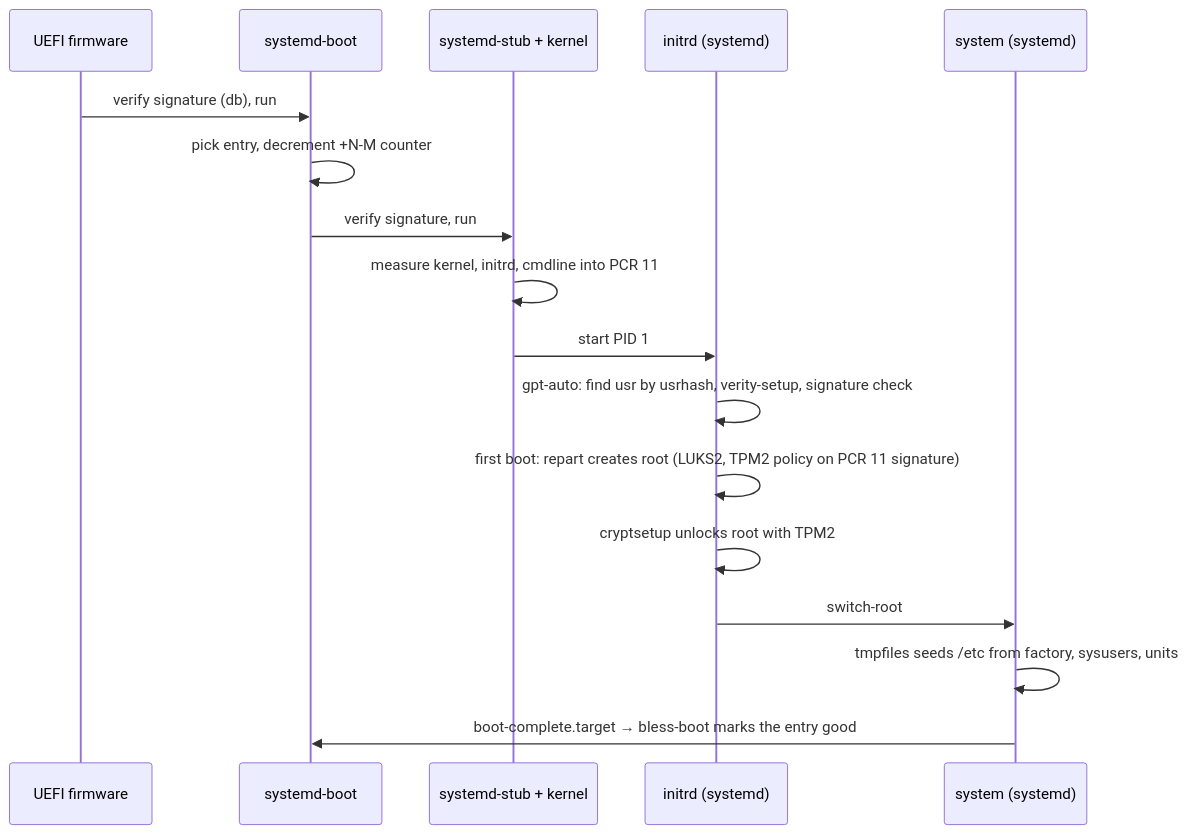
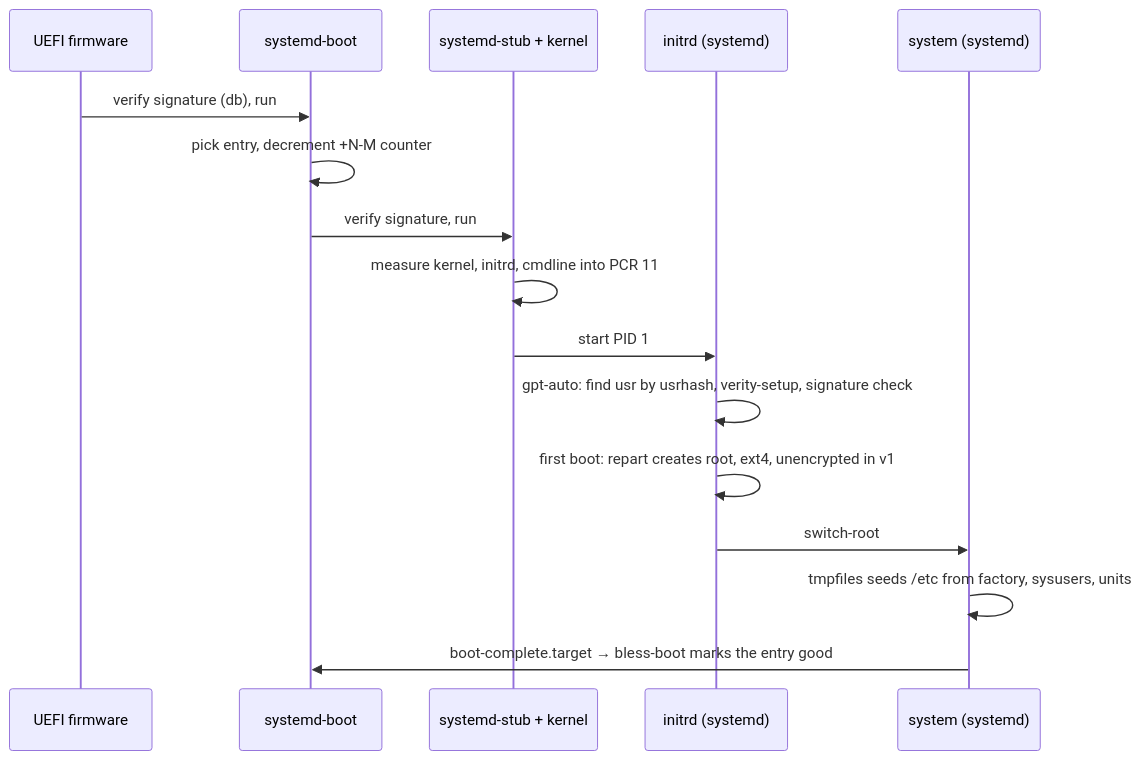
The diagram in docs/design/boot.md (slophaer/golconda), drawn with Mermaid before and after one commit. The commit also changed other lines of this file and 4 other files, not shown here.

First line of the commit message:
docs: design pages mark planned features, diagrams match text

````diff
--- a/docs/design/boot.md
+++ b/docs/design/boot.md
@@ -6,19 +9,18 @@
 ```mermaid
 sequenceDiagram
   participant FW as UEFI firmware
   participant SB as systemd-boot
   participant UKI as systemd-stub + kernel
   participant IRD as initrd (systemd)
   participant SYS as system (systemd)
   FW->>SB: verify signature (db), run
   SB->>SB: pick entry, decrement +N-M counter
   SB->>UKI: verify signature, run
   UKI->>UKI: measure kernel, initrd, cmdline into PCR 11
   UKI->>IRD: start PID 1
   IRD->>IRD: gpt-auto: find usr by usrhash, verity-setup, signature check
-  IRD->>IRD: first boot: repart creates root (LUKS2, TPM2 policy on PCR 11 signature)
-  IRD->>IRD: cryptsetup unlocks root with TPM2
+  IRD->>IRD: first boot: repart creates root, ext4, unencrypted in v1
   IRD->>SYS: switch-root
   SYS->>SYS: tmpfiles seeds /etc from factory, sysusers, units
   SYS->>SB: boot-complete.target → bless-boot marks the entry good
 ```
````
